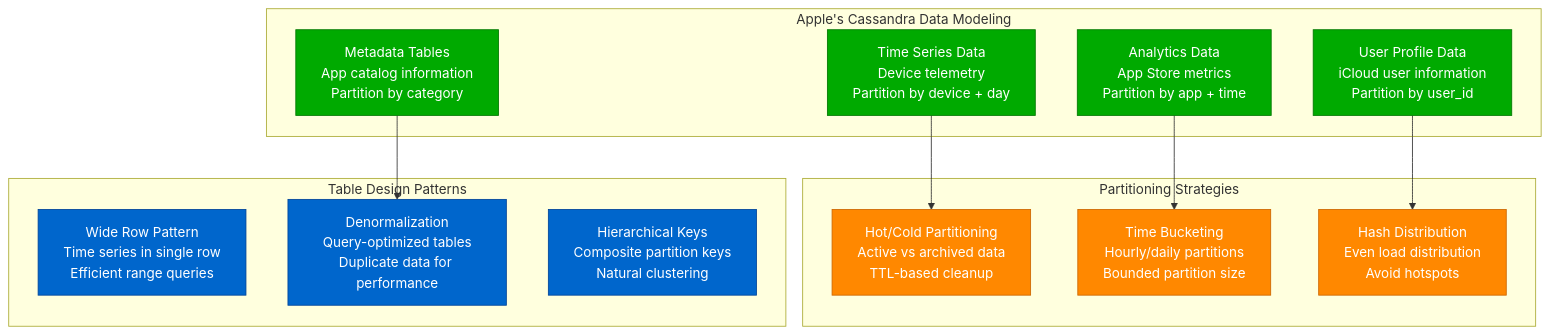
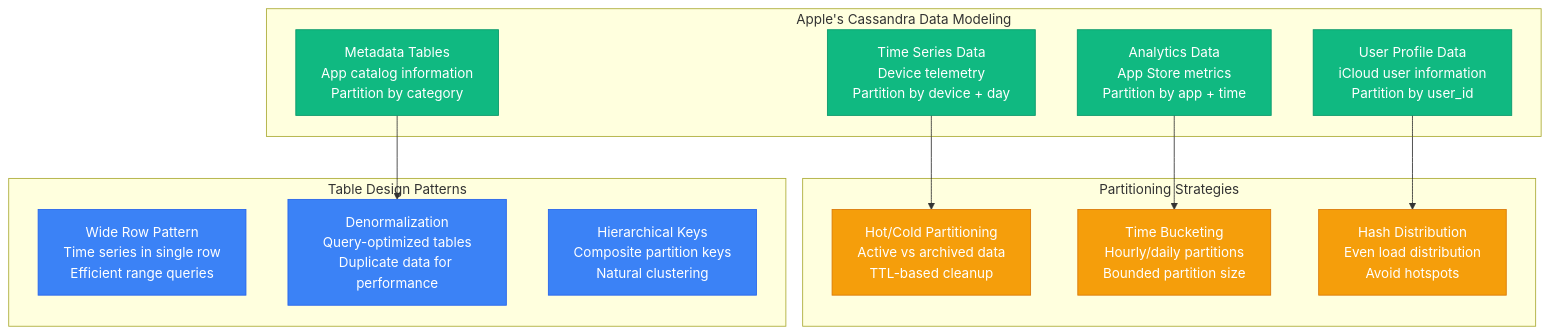
One commit to deepaucksharma/DS changed the third of 7 diagrams in site/docs/performance/cassandra-50k-nodes-performance.md. Above: the diagram before and after it, drawn with Mermaid. The commit also changed other lines of this file and 187 other files, not shown here.

````diff
--- a/site/docs/performance/cassandra-50k-nodes-performance.md
+++ b/site/docs/performance/cassandra-50k-nodes-performance.md
@@ -108,34 +108,34 @@
 ```mermaid
 graph TB
     subgraph DataModel[Apple's Cassandra Data Modeling]
         TIME_SERIES[Time Series Data<br/>Device telemetry<br/>Partition by device + day]
         USER_DATA[User Profile Data<br/>iCloud user information<br/>Partition by user_id]
         ANALYTICS[Analytics Data<br/>App Store metrics<br/>Partition by app + time]
         METADATA[Metadata Tables<br/>App catalog information<br/>Partition by category]
     end
 
     subgraph PartitionStrategy[Partitioning Strategies]
         HOT_COLD[Hot/Cold Partitioning<br/>Active vs archived data<br/>TTL-based cleanup]
         BUCKETING[Time Bucketing<br/>Hourly/daily partitions<br/>Bounded partition size]
         HASHING[Hash Distribution<br/>Even load distribution<br/>Avoid hotspots]
     end
 
     subgraph TableDesign[Table Design Patterns]
         WIDE_ROW[Wide Row Pattern<br/>Time series in single row<br/>Efficient range queries]
         DENORM[Denormalization<br/>Query-optimized tables<br/>Duplicate data for performance]
         HIERARCHY[Hierarchical Keys<br/>Composite partition keys<br/>Natural clustering]
     end
 
     TIME_SERIES --> HOT_COLD
     USER_DATA --> HASHING
     ANALYTICS --> BUCKETING
     METADATA --> DENORM
 
-    classDef modelStyle fill:#00AA00,stroke:#007700,color:#fff
-    classDef strategyStyle fill:#FF8800,stroke:#CC6600,color:#fff
-    classDef designStyle fill:#0066CC,stroke:#004499,color:#fff
+    classDef modelStyle fill:#10B981,stroke:#059669,color:#fff
+    classDef strategyStyle fill:#F59E0B,stroke:#D97706,color:#fff
+    classDef designStyle fill:#3B82F6,stroke:#2563EB,color:#fff
 
     class TIME_SERIES,USER_DATA,ANALYTICS,METADATA modelStyle
     class HOT_COLD,BUCKETING,HASHING strategyStyle
     class WIDE_ROW,DENORM,HIERARCHY designStyle
 ```
````
